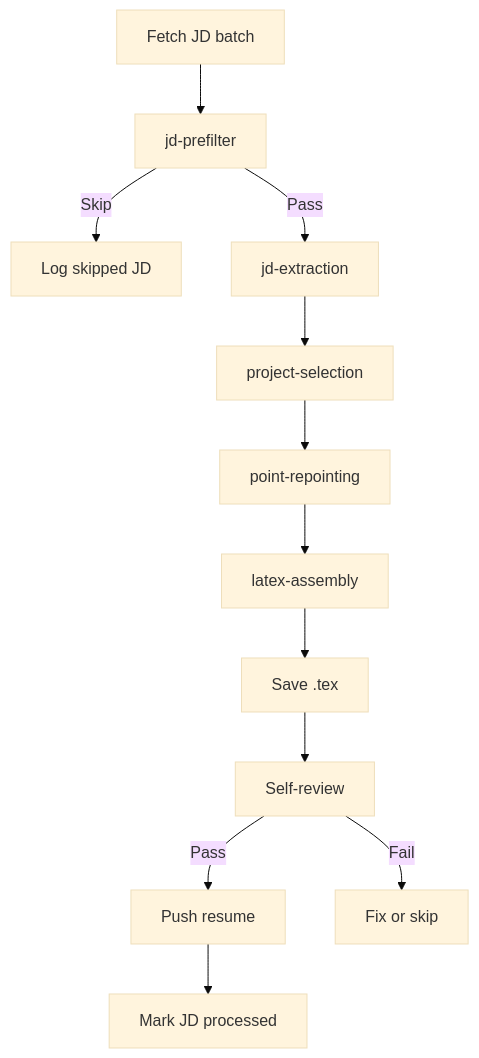
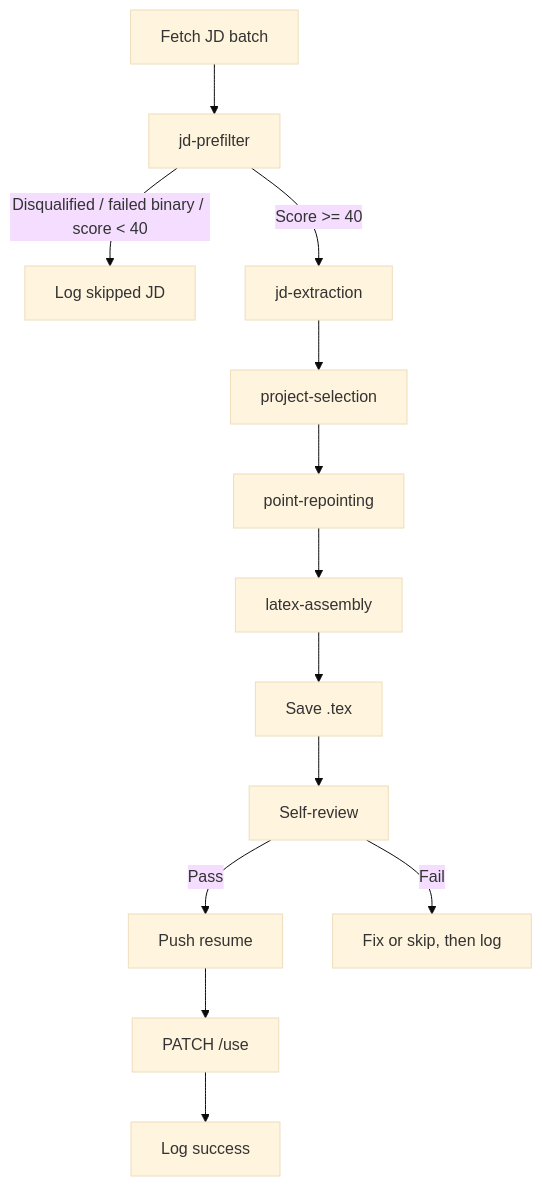
The diagram in docs-site/docs/pipeline/orchestrator.md (Aryan1718/hermes-autonomous-resume), drawn with Mermaid (base theme) before and after one commit. The commit also changed other lines of this file and 24 other files, not shown here.

````diff
--- a/docs-site/docs/pipeline/orchestrator.md
+++ b/docs-site/docs/pipeline/orchestrator.md
@@ -24,14 +26,15 @@
 ```mermaid
 flowchart TD
   A[Fetch JD batch] --> B[jd-prefilter]
-  B -->|Skip| C[Log skipped JD]
-  B -->|Pass| D[jd-extraction]
+  B -->|Disqualified / failed binary / score < 40| C[Log skipped JD]
+  B -->|Score >= 40| D[jd-extraction]
   D --> E[project-selection]
   E --> F[point-repointing]
   F --> G[latex-assembly]
   G --> H[Save .tex]
   H --> I[Self-review]
   I -->|Pass| J[Push resume]
-  J --> K[Mark JD processed]
-  I -->|Fail| L[Fix or skip]
+  J --> K[PATCH /use]
+  K --> L[Log success]
+  I -->|Fail| M[Fix or skip, then log]
 ```
````
